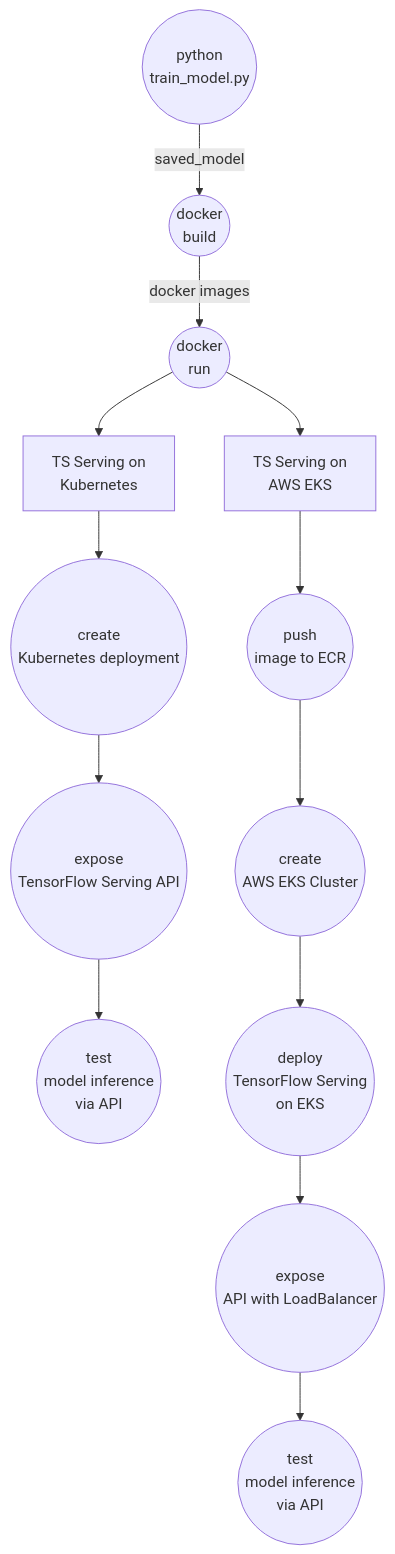
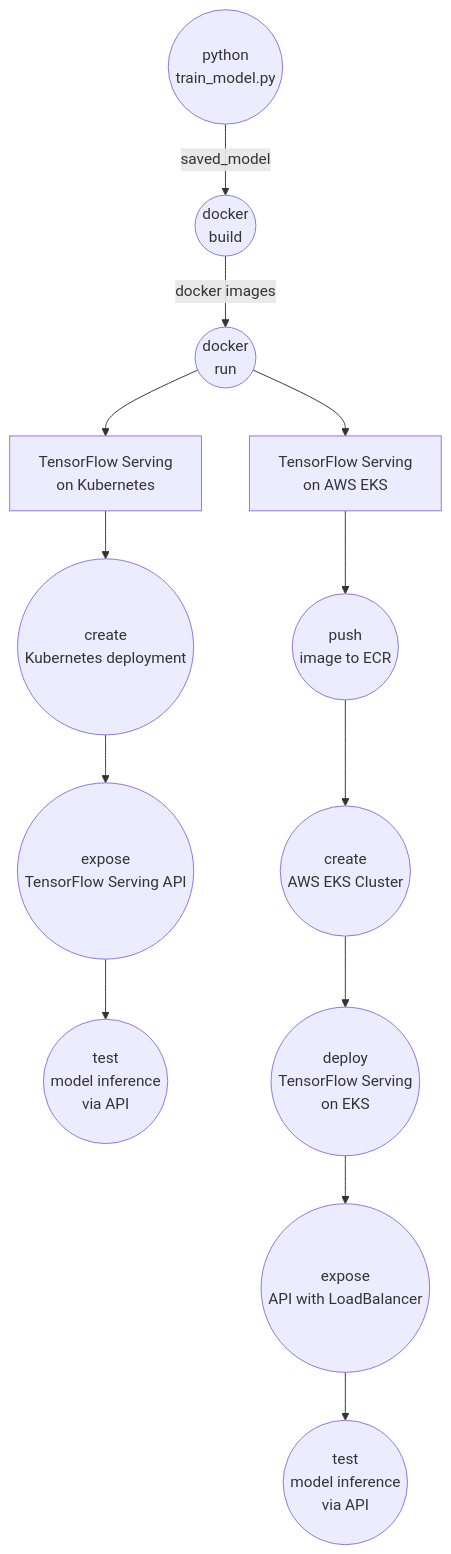
The first of 3 diagrams in README.md (ketut-garjita/E-Commerce-Engagement-ML), drawn with Mermaid before and after one commit.

````diff
--- a/README.md
+++ b/README.md
@@ -113,33 +113,33 @@
 ```mermaid
 graph TD
     A((python
 train_model.py)) --> | saved_model | B((docker
 build))
     B --> | docker images | C((docker
 run))
-    C --> D1[TS Serving on 
-Kubernetes]
-    C --> D2[TS Serving on
-AWS EKS]
+    C --> D1[TensorFlow Serving 
+on Kubernetes]
+    C --> D2[TensorFlow Serving 
+on AWS EKS]
     
     D1 --> E1((create
 Kubernetes deployment))
     E1 --> F1((expose
 TensorFlow Serving API))
     F1 --> G1((test 
 model inference
 via API))
 
     D2 --> E2((push
 image to ECR))
     E2 --> F2((create
 AWS EKS Cluster))
     F2 --> G2((deploy 
 TensorFlow Serving
 on EKS))
     G2 --> H2((expose
 API with LoadBalancer))
     H2 --> I2((test 
 model inference
 via API))
 ```
````
